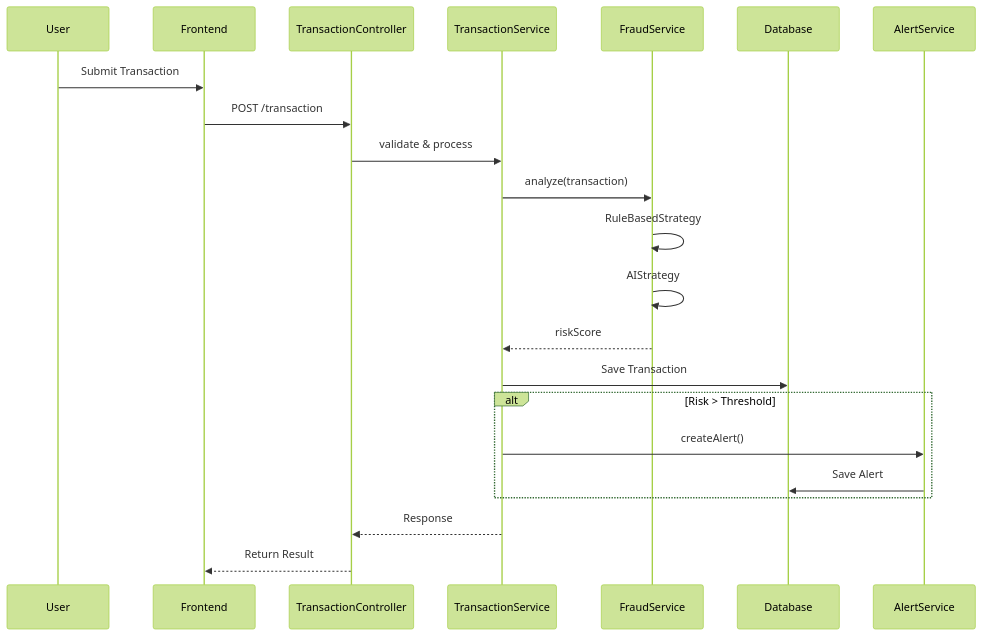
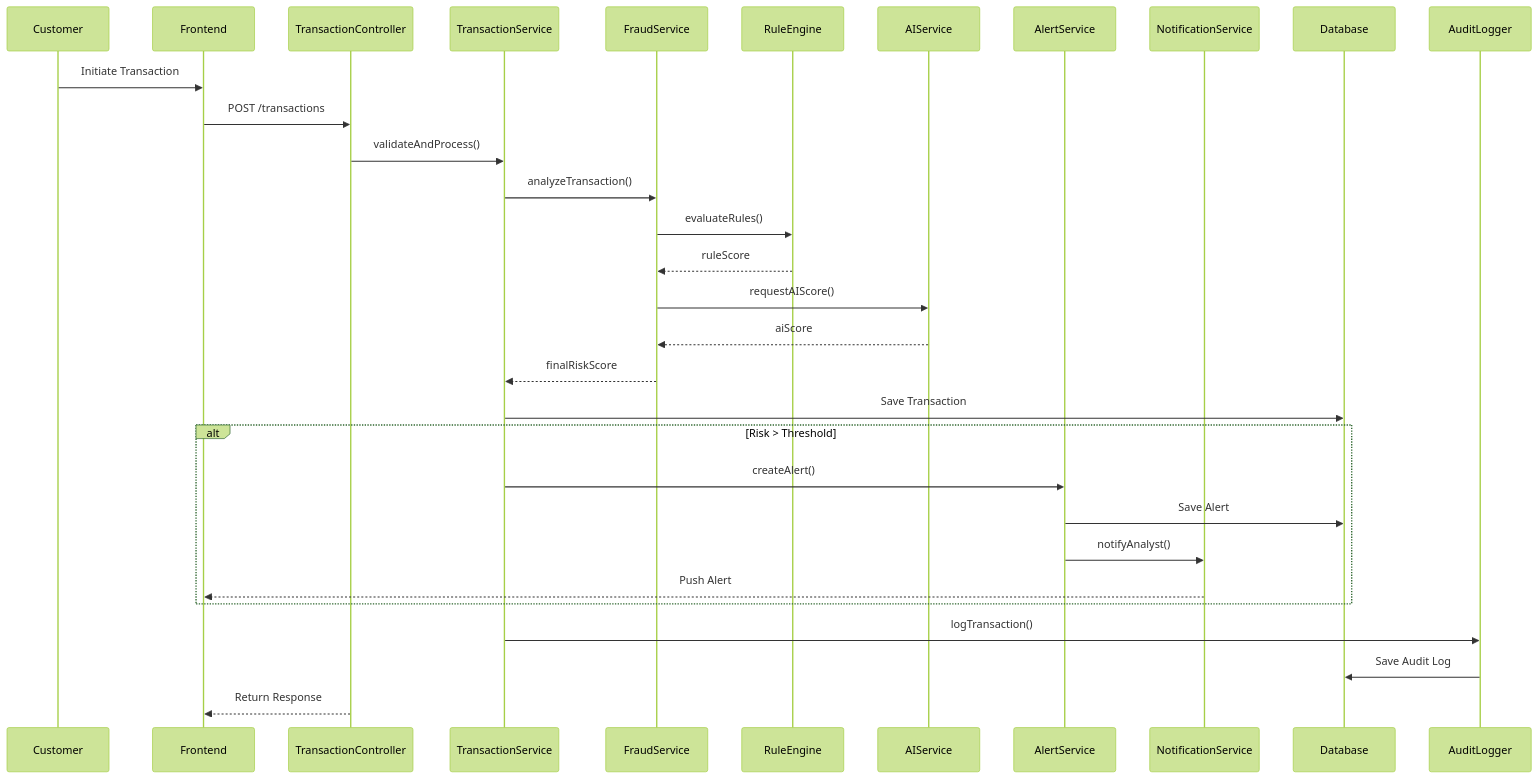
The diagram in sequencDiagram.md (Imposon/FinShield-Analytics), drawn with Mermaid (forest theme) before and after one commit. The commit also changed other lines of this file and 3 other files, not shown here.

````diff
--- a/sequencDiagram.md
+++ b/sequencDiagram.md
@@ -9,31 +8,43 @@
 ```mermaid
 sequenceDiagram
 
-    participant User
-    participant Frontend
-    participant TransactionController
-    participant TransactionService
-    participant FraudService
-    participant Database
-    participant AlertService
+participant Customer
+participant Frontend
+participant TransactionController
+participant TransactionService
+participant FraudService
+participant RuleEngine
+participant AIService
+participant AlertService
+participant NotificationService
+participant Database
+participant AuditLogger
 
-    User->>Frontend: Submit Transaction
-    Frontend->>TransactionController: POST /transaction
-    TransactionController->>TransactionService: validate & process
-    TransactionService->>FraudService: analyze(transaction)
+Customer->>Frontend: Initiate Transaction
+Frontend->>TransactionController: POST /transactions
+TransactionController->>TransactionService: validateAndProcess()
 
-    FraudService->>FraudService: RuleBasedStrategy
-    FraudService->>FraudService: AIStrategy
+TransactionService->>FraudService: analyzeTransaction()
 
-    FraudService-->>TransactionService: riskScore
-    TransactionService->>Database: Save Transaction
+FraudService->>RuleEngine: evaluateRules()
+RuleEngine-->>FraudService: ruleScore
 
-    alt Risk > Threshold
-        TransactionService->>AlertService: createAlert()
-        AlertService->>Database: Save Alert
-    end
+FraudService->>AIService: requestAIScore()
+AIService-->>FraudService: aiScore
 
-    TransactionService-->>TransactionController: Response
-    TransactionController-->>Frontend: Return Result
+FraudService-->>TransactionService: finalRiskScore
 
+TransactionService->>Database: Save Transaction
+
+alt Risk > Threshold
+    TransactionService->>AlertService: createAlert()
+    AlertService->>Database: Save Alert
+    AlertService->>NotificationService: notifyAnalyst()
+    NotificationService-->>Frontend: Push Alert
+end
+
+TransactionService->>AuditLogger: logTransaction()
+AuditLogger->>Database: Save Audit Log
+
+TransactionController-->>Frontend: Return Response
 ```
````
